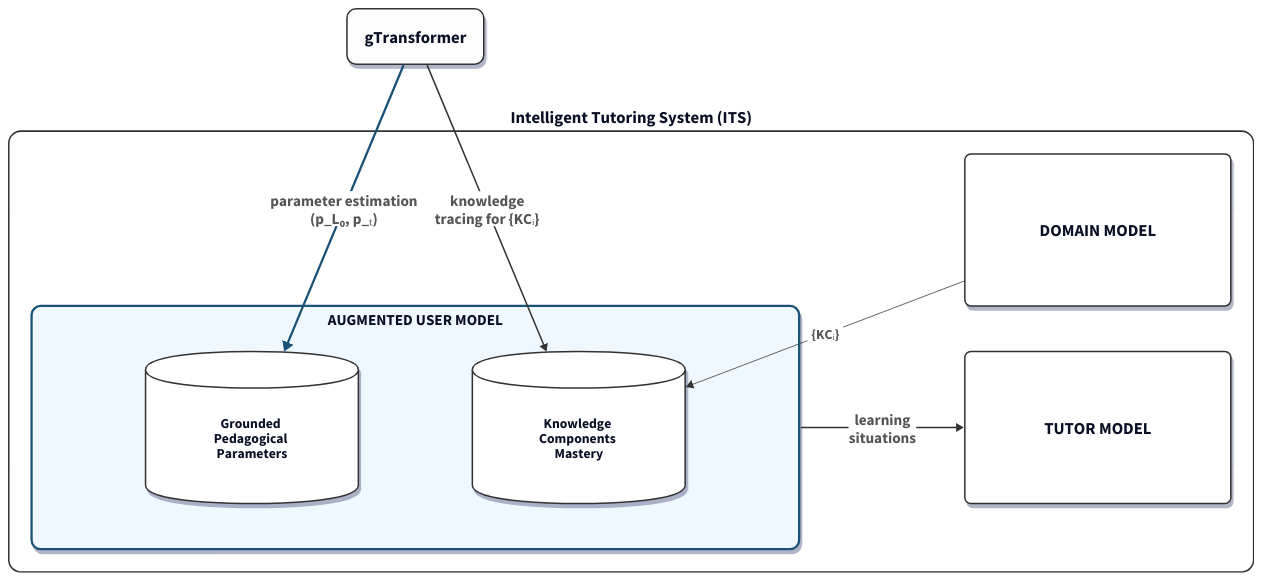
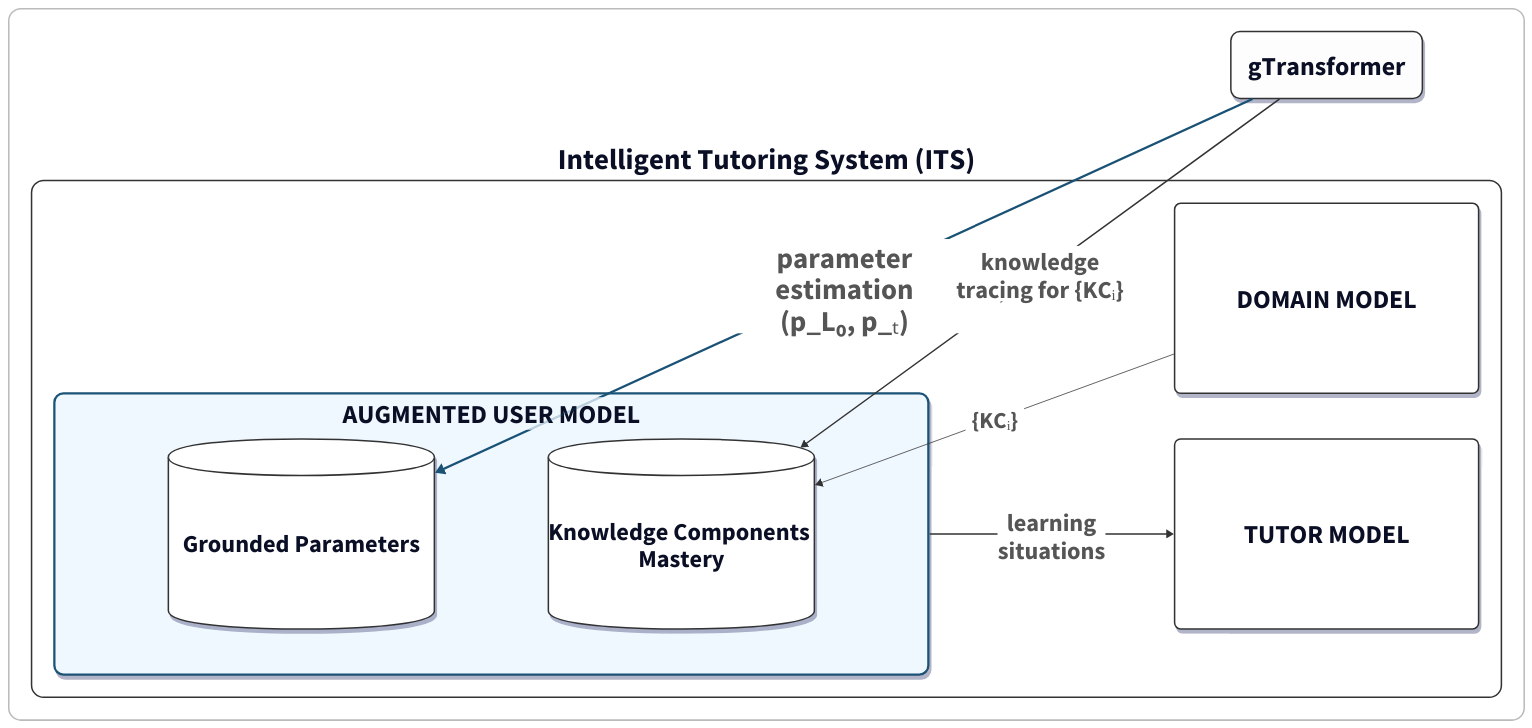
The diagram in paper_ectel/ectel_template/arch3.d2 (clabra/pykt-toolkit), drawn with D2 before and after one commit. The commit also changed 9 other files, not shown here.

```diff
--- a/paper_ectel/ectel_template/arch3.d2
+++ b/paper_ectel/ectel_template/arch3.d2
@@ -1,148 +1,162 @@
 # Simplified gTransformer architecture for ECTEL 2026
 # Synchronized with arch2.d2 styles: GRID layout and unified spacing
 
 direction: right
-horizontal-gap: 500
 
 classes: {
   track: {
     style: {
       stroke: "#333333"
       stroke-width: 2
       shadow: true
       border-radius: 8
-      font-size: 22
+      font-size: 34
       text-transform: uppercase
       fill: "white"
       bold: true
     }
   }
 }
 
-# Section 1: gTransformer as a single box matching arch2.d2 style
-gTransformer: "gTransformer" {
+Architecture: {
+  label: ""
   style: {
-    stroke: "#333333"
-    stroke-width: 2
-    fill: "#FDFDFD"
-    border-radius: 12
-    shadow: true
-    font-size: 22
-    bold: true
-  }
-}
-
-# Section 2: ITS container
-ITS: {
-  label: "Intelligent Tutoring System (ITS)"
-  style: {
-    stroke: "#333333"
+    stroke: "#BBBBBB"
     stroke-width: 2
     fill: "white"
     border-radius: 16
-    font-size: 22
+    font-size: 42
     bold: true
   }
   
-  # Maximize grid spacing for high-fidelity clarity
   direction: right
-  horizontal-gap: 200
+  horizontal-gap: 500
 
-  DomainModel: "Domain Model" {
-    class: track
-    width: 350
-    height: 200
+  # Section 1: gTransformer matching arch2.d2 style
+  gTransformer: "gTransformer" {
+    style: {
+      stroke: "#333333"
+      stroke-width: 2
+      fill: "#FDFDFD"
+      border-radius: 12
+      shadow: true
+      font-size: 34
+      bold: true
+    }
   }
 
-  # Augmented User Model containing the Grounded Parameters
-  UserModel: "Augmented User Model" {
-    # Align cylinders horizontally with maximum gap
-    grid-columns: 2
-    horizontal-gap: 150
-    
+  # Section 2: ITS container
+  ITS: {
+    label: "Intelligent Tutoring System (ITS)"
     style: {
-      fill: "#F0F8FF"
-      stroke: "#1A5276"
-      stroke-width: 3
-      shadow: true
-      border-radius: 12
-      font-size: 20
+      stroke: "#333333"
+      stroke-width: 2
+      fill: "white"
+      border-radius: 16
+      font-size: 38
       bold: true
-      text-transform: uppercase
     }
     
-    Indicators: "Grounded \nPedagogical \nParameters" {
-      shape: cylinder
-      width: 280
-      height: 200
+    # Use direction right with matching widths for cleaner routing than grid
+    direction: right
+    horizontal-gap: 150
+
+    DomainModel: "Domain Model" {
+      class: track
+      width: 400
+      height: 250
+    }
+
+    # Augmented User Model containing the Grounded Parameters
+    UserModel: "Augmented User Model" {
+      # Align cylinders horizontally with maximum gap
+      grid-columns: 2
+      horizontal-gap: 150
+      
       style: {
-        fill: "white"
-        stroke: "#333333"
-        stroke-width: 2
+        fill: "#F0F8FF"
+        stroke: "#1A5276"
+        stroke-width: 3
         shadow: true
-        font-size: 18
+        border-radius: 12
+        font-size: 34
+        bold: true
+        text-transform: uppercase
+      }
+      
+      Indicators: "Grounded Parameters" {
+        shape: cylinder
+        width: 350
+        height: 250
+        style: {
+          fill: "white"
+          stroke: "#333333"
+          stroke-width: 2
+          shadow: true
+          font-size: 32
+        }
+      }
+
+      Mastery: "Knowledge Components \nMastery" {
+        shape: cylinder
+        width: 350
+        height: 250
+        style: {
+          fill: "white"
+          stroke: "#333333"
+          stroke-width: 2
+          shadow: true
+          font-size: 32
+        }
       }
     }
 
-    Mastery: "Knowledge \nComponents \nMastery" {
-      shape: cylinder
-      width: 280
-      height: 200
-      style: {
-        fill: "white"
-        stroke: "#333333"
-        stroke-width: 2
-        shadow: true
-        font-size: 18
-      }
+    TutorModel: "Tutor Model" {
+      class: track
+      width: 400
+      height: 250
     }
-  }
-
-  TutorModel: "Tutor Model" {
-    class: track
-    width: 350
-    height: 200
   }
 }
 
 # Internal ITS pedagogical flow - Defined with explicit routing
-ITS.DomainModel -> ITS.UserModel.Mastery: "{KCᵢ}" { 
+Architecture.ITS.DomainModel -> Architecture.ITS.UserModel.Mastery: "{KCᵢ}" { 
   style: {
     stroke: "#333333"
     stroke-width: 1
-    font-size: 18
+    font-size: 30
     font-color: "#555555"
     bold: true
   }
 }
 
-ITS.UserModel -> ITS.TutorModel: "learning\nsituations" { 
+Architecture.ITS.UserModel -> Architecture.ITS.TutorModel: "learning\nsituations" { 
   style: {
     stroke: "#333333"
     stroke-width: 2
-    font-size: 20
+    font-size: 32
     font-color: "#555555"
     bold: true
   }
 }
 
 # Connections from engine into the user model components
-gTransformer -> ITS.UserModel.Mastery: "knowledge\ntracing for {KCᵢ}                         " { 
+Architecture.gTransformer -> Architecture.ITS.UserModel.Mastery: "knowledge\ntracing for {KCᵢ}                         " { 
   style: {
     stroke: "#333333"
     stroke-width: 2
-    font-size: 20
+    font-size: 32
     font-color: "#555555"
     bold: true
   }
 }
 
-gTransformer -> ITS.UserModel.Indicators: "parameter estimation\n(p_L₀, p_ₜ)                             " { 
+Architecture.gTransformer -> Architecture.ITS.UserModel.Indicators: "parameter\nestimation\n(p_L₀, p_ₜ)                             " { 
   style: {
     stroke: "#1A5276"
     stroke-width: 3
-    font-size: 20
+    font-size: 38
     font-color: "#555555"
     bold: true
   }
 }
```
